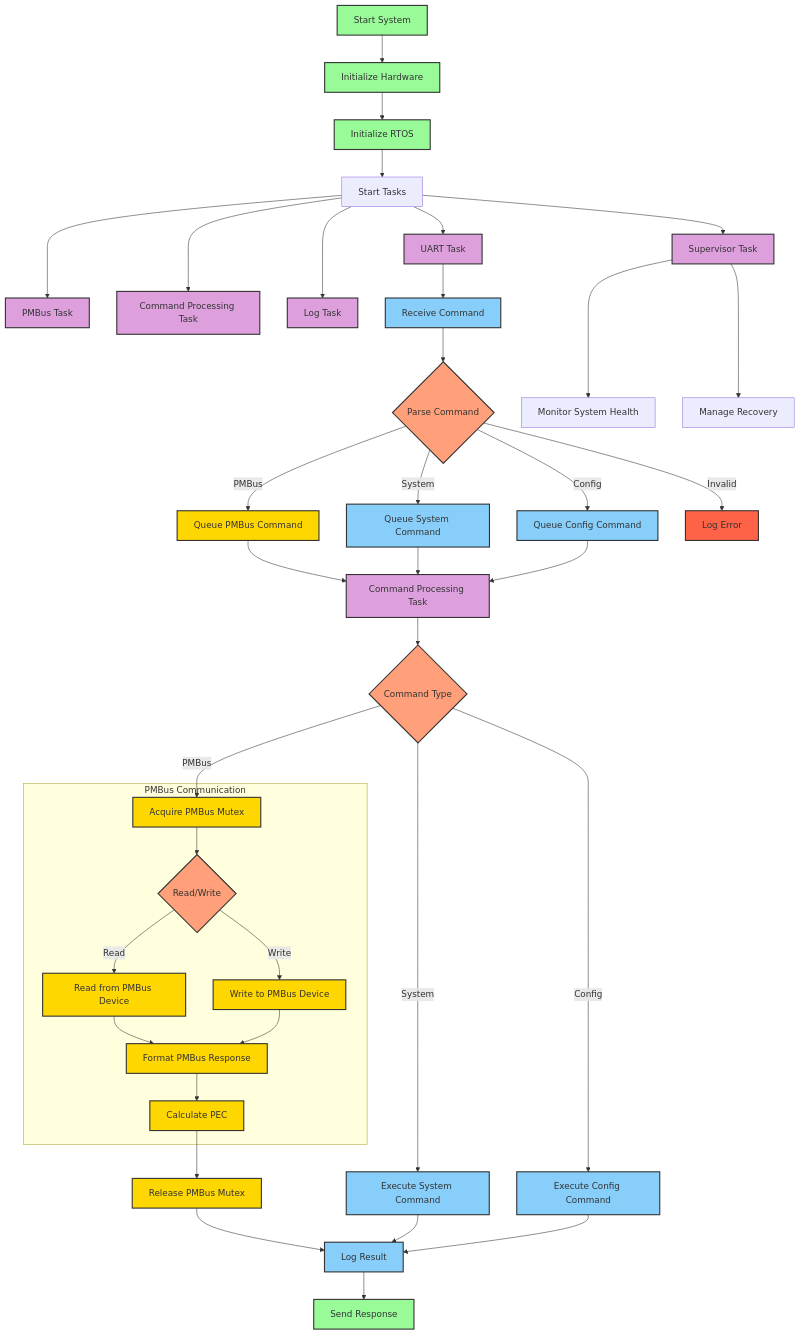
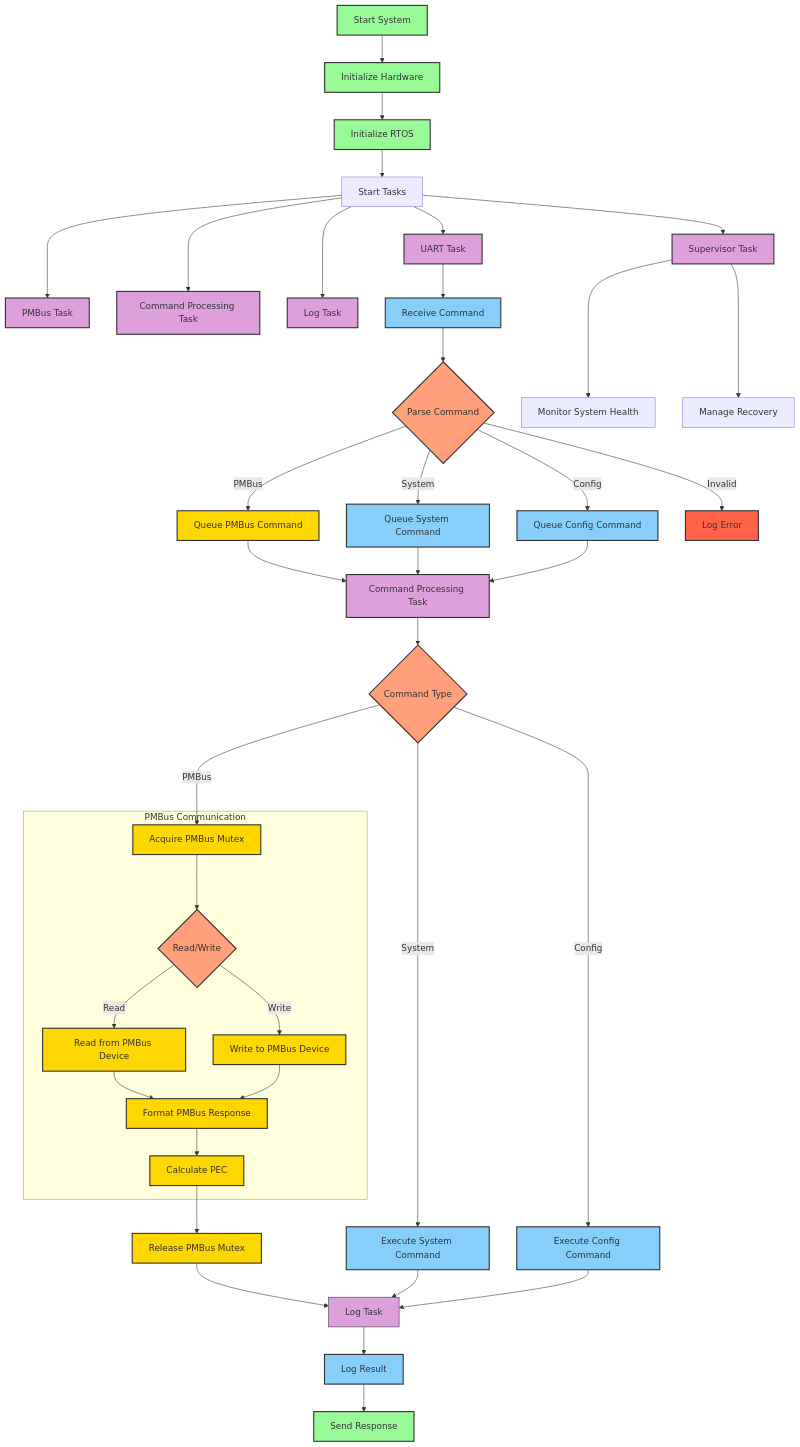
Before and after one commit to Bettys-sidepiece/PMBUS-to-UART-Interface: the diagram in README.md, drawn with Mermaid. The commit also changed other lines of this file, not shown here.

````diff
--- a/README.md
+++ b/README.md
@@ -346,76 +346,78 @@
 ```mermaid
 graph TD
     A[Start System] --> B[Initialize Hardware]
     B --> C[Initialize RTOS]
     C --> D[Start Tasks]
     D --> E[UART Task]
     D ---> F[PMBus Task]
     D ---> G[Command Processing Task]
     D ---> H[Log Task]
     D --> I[Supervisor Task]
 
     E --> J[Receive Command]
     J --> K{Parse Command}
     K -->|PMBus| L[Queue PMBus Command]
     K -->|System| M[Queue System Command]
     K -->|Config| N[Queue Config Command]
     K -->|Invalid| O[Log Error]
 
     L --> P[Command Processing Task]
     M --> P
     N --> P
 
     P --> Q{Command Type}
-    Q -->|PMBus| R[Acquire PMBus Mutex]
+    Q --->|PMBus| R[Acquire PMBus Mutex]
     Q -->|System| S[Execute System Command]
     Q -->|Config| T[Execute Config Command]
 
     subgraph PMBus Communication
-        R --> U{Read/Write}
+        R ---> U{Read/Write}
         U -->|Read| V[Read from PMBus Device]
         U -->|Write| W[Write to PMBus Device]
         V --> X[Format PMBus Response]
         W --> X
         X --> Y[Calculate PEC]
     end
 
     Y --> Z[Release PMBus Mutex]
-    Z --> AA[Log Result]
-    S --> AA
-    T --> AA
+    Z --> AO[Log Task]
+    S --> AO
+    T --> AO
+    AO--> AA[Log Result]
     AA --> AB[Send Response]
 
     I ---> AC[Monitor System Health]
     I ---> AD[Manage Recovery]
 
     style A fill:#98FB98,stroke:#333,stroke-width:2px
     style B fill:#98FB98,stroke:#333,stroke-width:2px
     style C fill:#98FB98,stroke:#333,stroke-width:2px
     style E fill:#DDA0DD,stroke:#333,stroke-width:2px
     style F fill:#DDA0DD,stroke:#333,stroke-width:2px
     style G fill:#DDA0DD,stroke:#333,stroke-width:2px
     style H fill:#DDA0DD,stroke:#333,stroke-width:2px
     style I fill:#DDA0DD,stroke:#333,stroke-width:2px
     style J fill:#87CEFA,stroke:#333,stroke-width:2px
     style K fill:#FFA07A,stroke:#333,stroke-width:2px
     style L fill:#FFD700,stroke:#333,stroke-width:2px
     style M fill:#87CEFA,stroke:#333,stroke-width:2px
     style N fill:#87CEFA,stroke:#333,stroke-width:2px
     style O fill:#FF6347,stroke:#333,stroke-width:2px
     style P fill:#DDA0DD,stroke:#333,stroke-width:2px
     style Q fill:#FFA07A,stroke:#333,stroke-width:2px
     style R fill:#FFD700,stroke:#333,stroke-width:2px
     style S fill:#87CEFA,stroke:#333,stroke-width:2px
     style T fill:#87CEFA,stroke:#333,stroke-width:2px
     style U fill:#FFA07A,stroke:#333,stroke-width:2px
     style V fill:#FFD700,stroke:#333,stroke-width:2px
     style W fill:#FFD700,stroke:#333,stroke-width:2px
     style X fill:#FFD700,stroke:#333,stroke-width:2px
     style Y fill:#FFD700,stroke:#333,stroke-width:2px
     style Z fill:#FFD700,stroke:#333,stroke-width:2px
     style AA fill:#87CEFA,stroke:#333,stroke-width:2px
     style AB fill:#98FB98,stroke:#333,stroke-width:2px
-    
+    style AO fill:#DDA0DD,stroke:#333,stroke-width:
+
     classDef emphasisBox fill:#f9f,stroke:#333,stroke-width:4px;
-    class R,U,V,W,X,Y emphasisBox; 
+    class R,U,V,W,X,Y emphasisBox;
 ```
````
